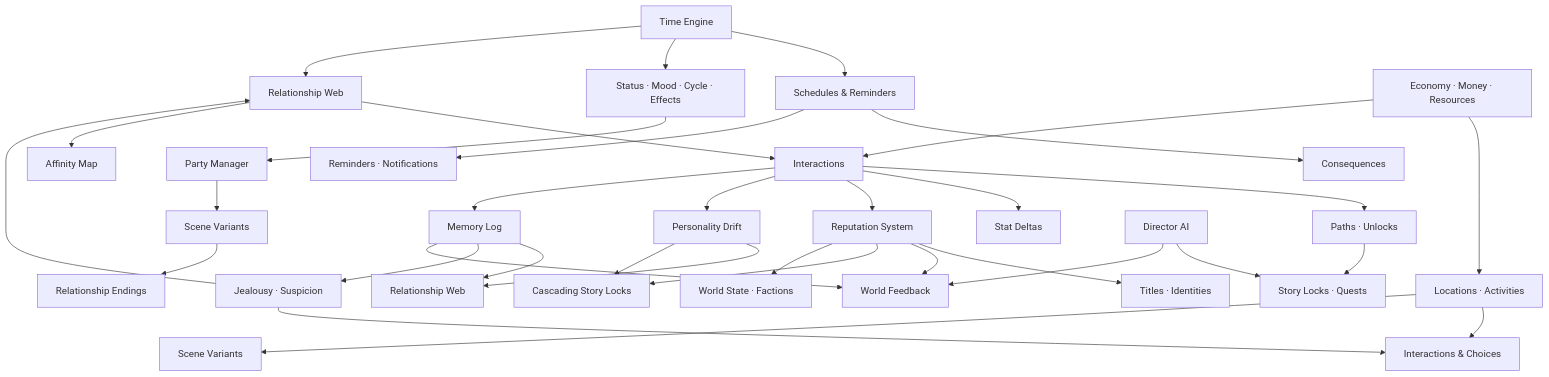
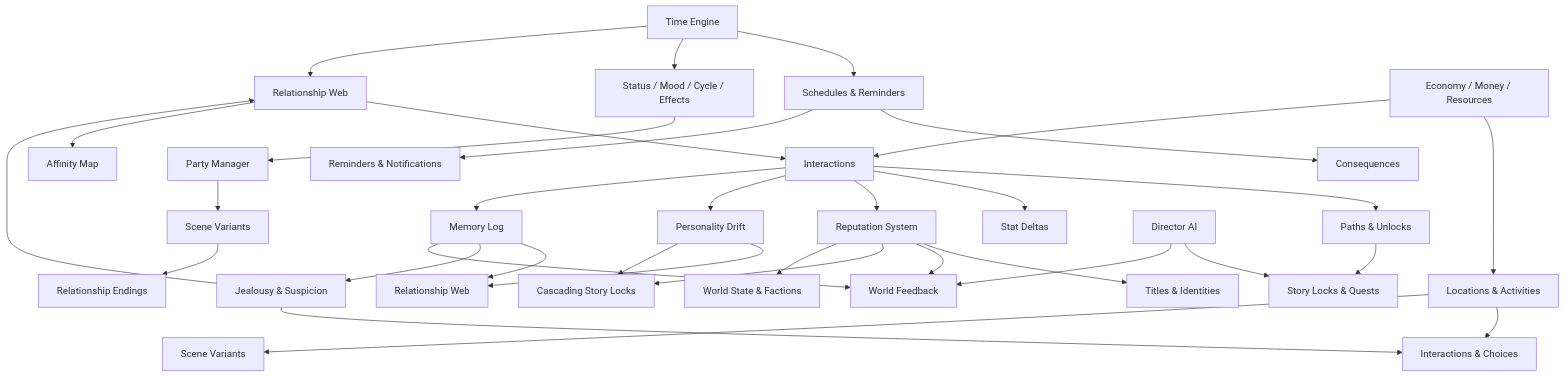
One commit to murraymint1991/woven-pulse changed the first of 4 diagrams in docs/ROADMAP.md. Above: the diagram before and after it, drawn with Mermaid.

````diff
--- a/docs/ROADMAP.md
+++ b/docs/ROADMAP.md
@@ -9,38 +9,38 @@
 ```mermaid
 flowchart TD
     A[Time Engine] --> B[Schedules & Reminders]
-    A --> C[Status · Mood · Cycle · Effects]
+    A --> C[Status / Mood / Cycle / Effects]
     A --> D[Relationship Web]
     D --> E[Interactions]
-    E --> F[Paths · Unlocks]
-    F --> G[Story Locks · Quests]
+    E --> F[Paths & Unlocks]
+    F --> G[Story Locks & Quests]
     C --> H[Party Manager]
     H --> I[Scene Variants]
     I --> J[Relationship Endings]
-    L[Jealousy · Suspicion] --> D
+    L[Jealousy & Suspicion] --> D
     L --> P[Interactions & Choices]
-    N[Locations · Activities] --> P
+    N[Locations & Activities] --> P
     N --> Q[Scene Variants]
     B --> O[Consequences]
     E --> T[Stat Deltas]
     D --> U[Affinity Map]
-    B --> V[Reminders · Notifications]
+    B --> V[Reminders & Notifications]
 
     %% Phase D + Expansion
     E --> Rep[Reputation System]
     E --> Drift[Personality Drift]
     E --> M[Memory Log]
-    Rep --> Titles[Titles · Identities]
+    Rep --> Titles[Titles & Identities]
     Rep --> Feedback[World Feedback]
     Rep --> Locks[Cascading Story Locks]
     Drift --> Rel[Relationship Web]
     Drift --> Locks
     M --> Rel
     M --> L
     M --> Feedback
-    Econ[Economy · Money · Resources] --> N
+    Econ[Economy / Money / Resources] --> N
     Econ --> E
-    Rep --> Factions[World State · Factions]
+    Rep --> Factions[World State & Factions]
     Dir[Director AI] --> G
     Dir --> Feedback
 ```
````
